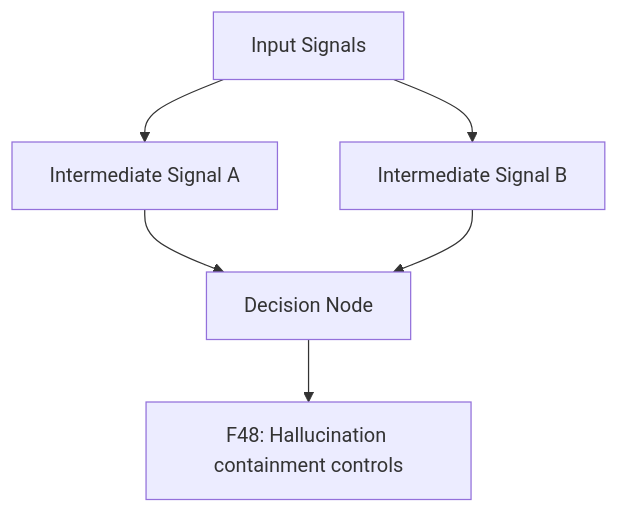
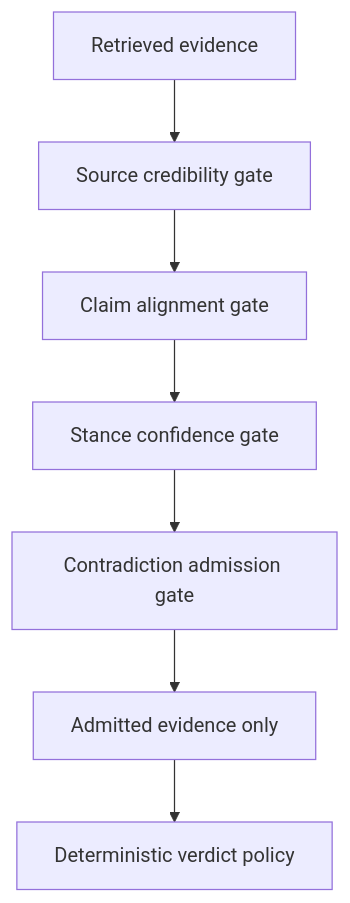
The third of 4 diagrams in methodology/figures/08-generalization-and-safety-pack.md (Luxia-AI/docs), drawn with Mermaid before and after one commit. The commit also changed other lines of this file and 9 other files, not shown here.

First line of the commit message:
Refactor methodology figures with updated Mermaid diagrams and enhanced clarity across multiple packs. Key changes include:

````diff
--- a/methodology/figures/08-generalization-and-safety-pack.md
+++ b/methodology/figures/08-generalization-and-safety-pack.md
@@ -70,8 +77,9 @@
 ```mermaid
-graph TD
-    A[Input Signals] --> B[Intermediate Signal A]
-    A --> C[Intermediate Signal B]
-    B --> D[Decision Node]
-    C --> D
-    D --> E[F48: Hallucination containment controls]
+flowchart TD
+  R[Retrieved evidence] --> G1[Source credibility gate]
+  G1 --> G2[Claim alignment gate]
+  G2 --> G3[Stance confidence gate]
+  G3 --> G4[Contradiction admission gate]
+  G4 --> A[Admitted evidence only]
+  A --> V[Deterministic verdict policy]
 ```
````
